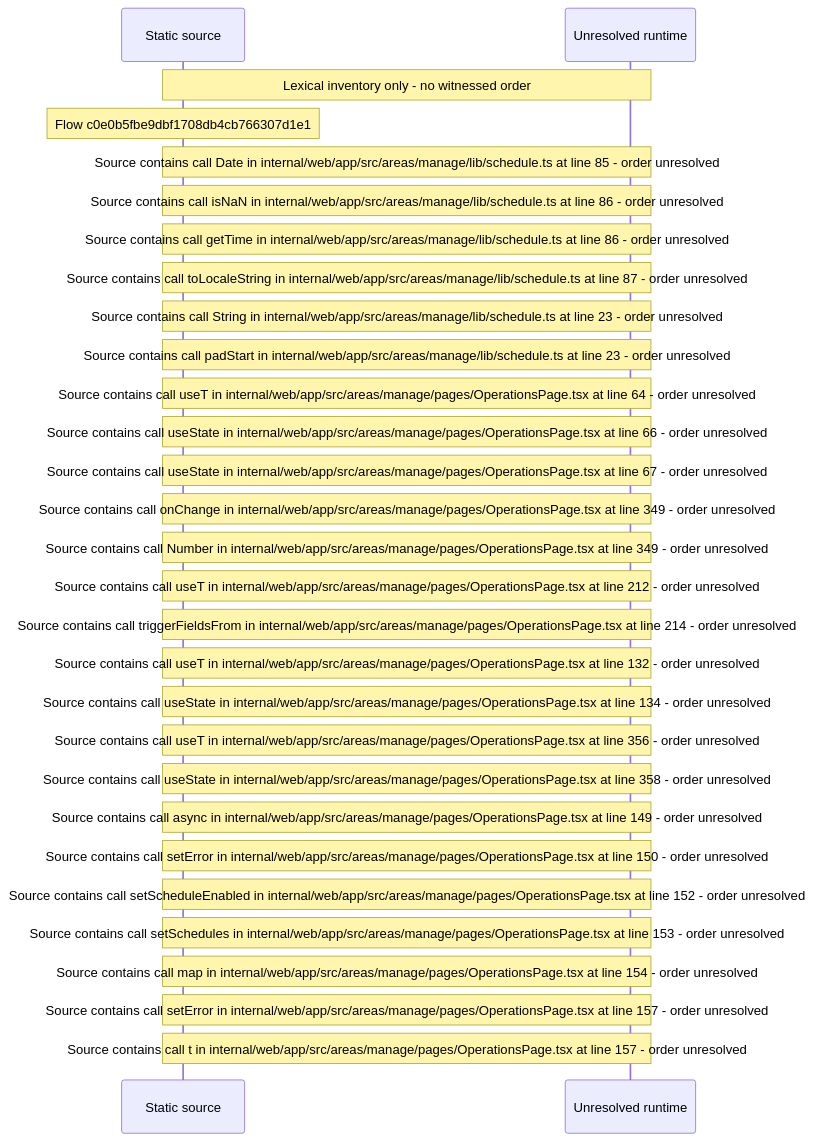
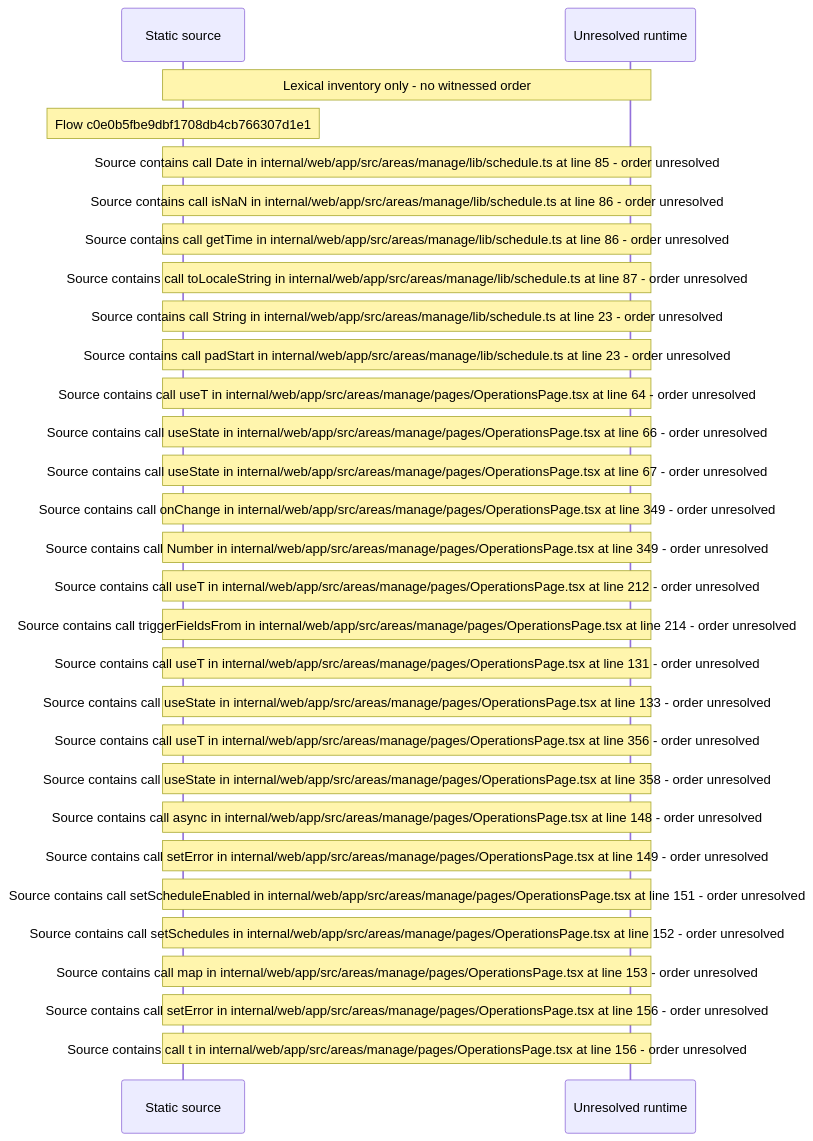
Before and after one commit to beamfall/core: the diagram in docs/web/flows/generated/c0e0b5fbe9dbf1708db4cb766307d1e1/flow-diagram.md, drawn with Mermaid. The commit also changed other lines of this file and 715 other files, not shown here.

Commit message:
Regenerate the web flow record on the landing stack head (CORE-1762)

````diff
--- a/docs/web/flows/generated/c0e0b5fbe9dbf1708db4cb766307d1e1/flow-diagram.md
+++ b/docs/web/flows/generated/c0e0b5fbe9dbf1708db4cb766307d1e1/flow-diagram.md
@@ -10,31 +10,31 @@
 ```mermaid
 sequenceDiagram
     participant S as Static source
     participant U as Unresolved runtime
     Note over S,U: Lexical inventory only - no witnessed order
     Note over S: Flow c0e0b5fbe9dbf1708db4cb766307d1e1
     Note over S,U: Source contains call Date in internal/web/app/src/areas/manage/lib/schedule.ts at line 85 - order unresolved
     Note over S,U: Source contains call isNaN in internal/web/app/src/areas/manage/lib/schedule.ts at line 86 - order unresolved
     Note over S,U: Source contains call getTime in internal/web/app/src/areas/manage/lib/schedule.ts at line 86 - order unresolved
     Note over S,U: Source contains call toLocaleString in internal/web/app/src/areas/manage/lib/schedule.ts at line 87 - order unresolved
     Note over S,U: Source contains call String in internal/web/app/src/areas/manage/lib/schedule.ts at line 23 - order unresolved
     Note over S,U: Source contains call padStart in internal/web/app/src/areas/manage/lib/schedule.ts at line 23 - order unresolved
     Note over S,U: Source contains call useT in internal/web/app/src/areas/manage/pages/OperationsPage.tsx at line 64 - order unresolved
     Note over S,U: Source contains call useState in internal/web/app/src/areas/manage/pages/OperationsPage.tsx at line 66 - order unresolved
     Note over S,U: Source contains call useState in internal/web/app/src/areas/manage/pages/OperationsPage.tsx at line 67 - order unresolved
     Note over S,U: Source contains call onChange in internal/web/app/src/areas/manage/pages/OperationsPage.tsx at line 349 - order unresolved
     Note over S,U: Source contains call Number in internal/web/app/src/areas/manage/pages/OperationsPage.tsx at line 349 - order unresolved
     Note over S,U: Source contains call useT in internal/web/app/src/areas/manage/pages/OperationsPage.tsx at line 212 - order unresolved
     Note over S,U: Source contains call triggerFieldsFrom in internal/web/app/src/areas/manage/pages/OperationsPage.tsx at line 214 - order unresolved
-    Note over S,U: Source contains call useT in internal/web/app/src/areas/manage/pages/OperationsPage.tsx at line 132 - order unresolved
-    Note over S,U: Source contains call useState in internal/web/app/src/areas/manage/pages/OperationsPage.tsx at line 134 - order unresolved
+    Note over S,U: Source contains call useT in internal/web/app/src/areas/manage/pages/OperationsPage.tsx at line 131 - order unresolved
+    Note over S,U: Source contains call useState in internal/web/app/src/areas/manage/pages/OperationsPage.tsx at line 133 - order unresolved
     Note over S,U: Source contains call useT in internal/web/app/src/areas/manage/pages/OperationsPage.tsx at line 356 - order unresolved
     Note over S,U: Source contains call useState in internal/web/app/src/areas/manage/pages/OperationsPage.tsx at line 358 - order unresolved
-    Note over S,U: Source contains call async in internal/web/app/src/areas/manage/pages/OperationsPage.tsx at line 149 - order unresolved
-    Note over S,U: Source contains call setError in internal/web/app/src/areas/manage/pages/OperationsPage.tsx at line 150 - order unresolved
-    Note over S,U: Source contains call setScheduleEnabled in internal/web/app/src/areas/manage/pages/OperationsPage.tsx at line 152 - order unresolved
-    Note over S,U: Source contains call setSchedules in internal/web/app/src/areas/manage/pages/OperationsPage.tsx at line 153 - order unresolved
-    Note over S,U: Source contains call map in internal/web/app/src/areas/manage/pages/OperationsPage.tsx at line 154 - order unresolved
-    Note over S,U: Source contains call setError in internal/web/app/src/areas/manage/pages/OperationsPage.tsx at line 157 - order unresolved
-    Note over S,U: Source contains call t in internal/web/app/src/areas/manage/pages/OperationsPage.tsx at line 157 - order unresolved
+    Note over S,U: Source contains call async in internal/web/app/src/areas/manage/pages/OperationsPage.tsx at line 148 - order unresolved
+    Note over S,U: Source contains call setError in internal/web/app/src/areas/manage/pages/OperationsPage.tsx at line 149 - order unresolved
+    Note over S,U: Source contains call setScheduleEnabled in internal/web/app/src/areas/manage/pages/OperationsPage.tsx at line 151 - order unresolved
+    Note over S,U: Source contains call setSchedules in internal/web/app/src/areas/manage/pages/OperationsPage.tsx at line 152 - order unresolved
+    Note over S,U: Source contains call map in internal/web/app/src/areas/manage/pages/OperationsPage.tsx at line 153 - order unresolved
+    Note over S,U: Source contains call setError in internal/web/app/src/areas/manage/pages/OperationsPage.tsx at line 156 - order unresolved
+    Note over S,U: Source contains call t in internal/web/app/src/areas/manage/pages/OperationsPage.tsx at line 156 - order unresolved
 ```
````
